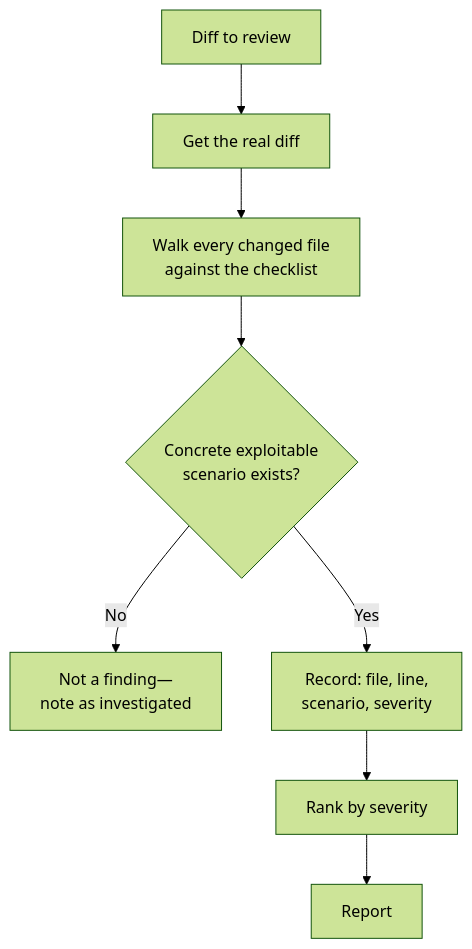
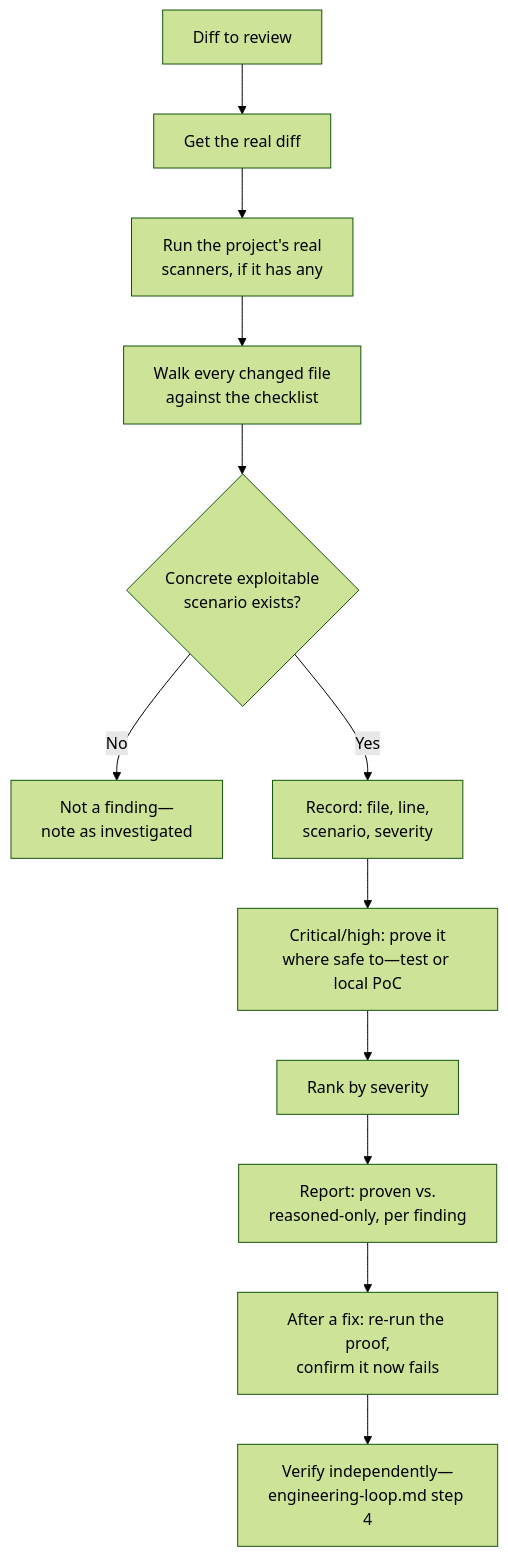
One commit to chiragmangaldev3112/agent-playbooks changed the eighth of 38 diagrams in FLOWS.md. Above: the diagram before and after it, drawn with Mermaid (forest theme). The commit also changed other lines of this file and 6 other files, not shown here.

First line of the commit message:
Sync docs for content 1.29.0: flows, examples, changelog, custom bots

````diff
--- a/FLOWS.md
+++ b/FLOWS.md
@@ -129,10 +132,14 @@
 ```mermaid
 flowchart TD
     A[Diff to review] --> B[Get the real diff]
-    B --> C[Walk every changed file\nagainst the checklist]
+    B --> S[Run the project's real\nscanners, if it has any]
+    S --> C[Walk every changed file\nagainst the checklist]
     C --> D{Concrete exploitable\nscenario exists?}
     D -->|No| E[Not a finding—\nnote as investigated]
     D -->|Yes| F[Record: file, line,\nscenario, severity]
-    F --> G[Rank by severity]
-    G --> H[Report]
+    F --> P[Critical/high: prove it\nwhere safe to—test or local PoC]
+    P --> G[Rank by severity]
+    G --> H[Report: proven vs.\nreasoned-only, per finding]
+    H --> V[After a fix: re-run the proof,\nconfirm it now fails]
+    V --> I[Verify independently—\nengineering-loop.md step 4]
 ```
````
